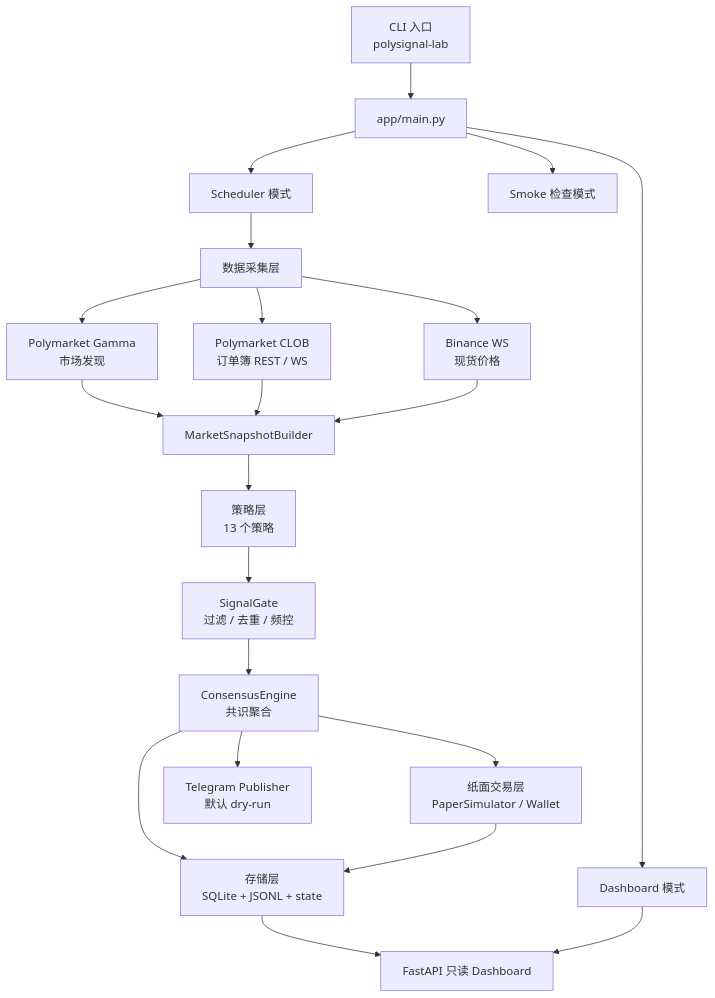
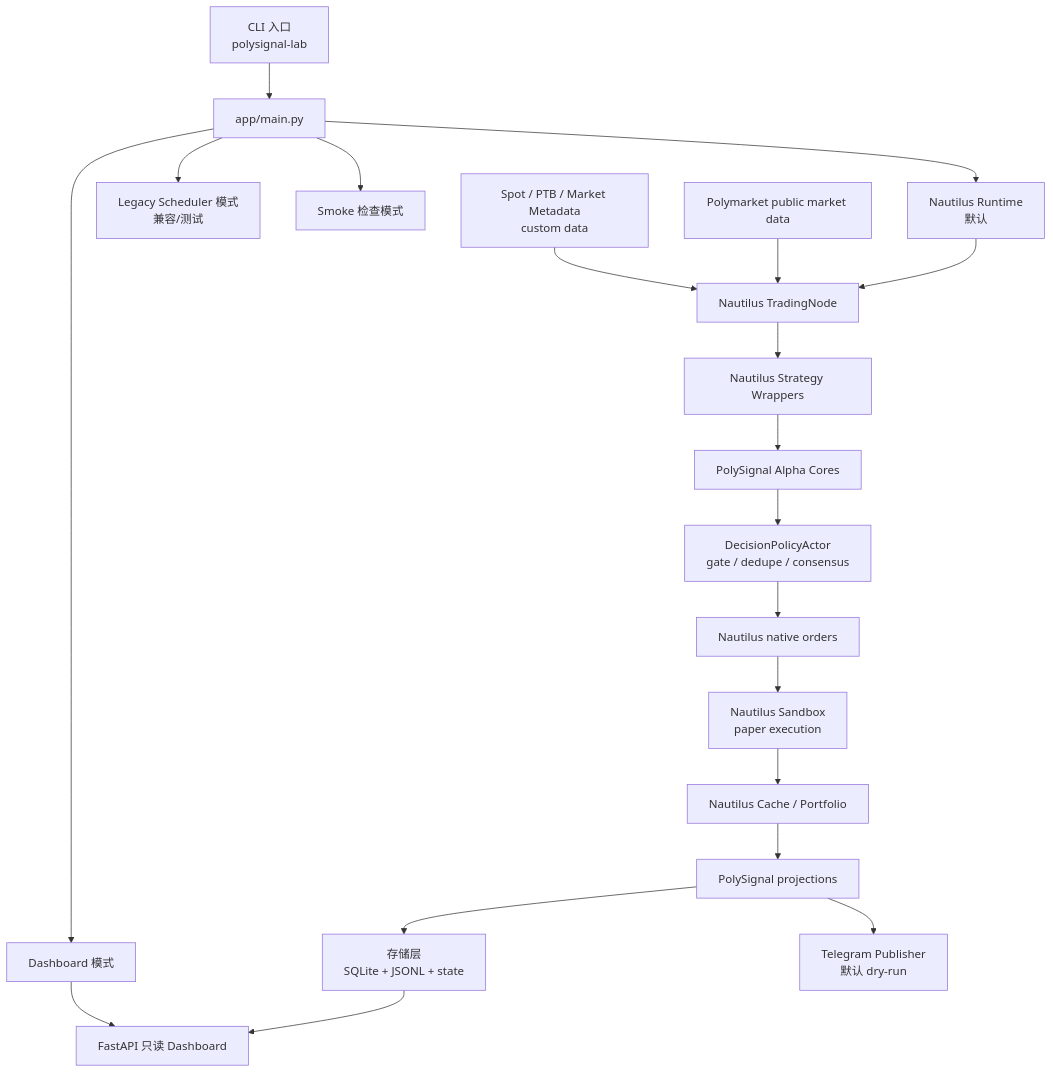
Before and after one commit to 6Kmfi6HP/polysignal-lab: the first of 7 diagrams in docs/PROJECT_ARCHITECTURE_VISUAL.md, drawn with Mermaid. The commit also changed other lines of this file and 3 other files, not shown here.

Commit message:
docs: align external docs with nautilus runtime

````diff
--- a/docs/PROJECT_ARCHITECTURE_VISUAL.md
+++ b/docs/PROJECT_ARCHITECTURE_VISUAL.md
@@ -12,29 +12,26 @@
 ```mermaid
 flowchart TB
   CLI["CLI 入口<br/>polysignal-lab"] --> Main["app/main.py"]
 
-  Main --> Scheduler["Scheduler 模式"]
+  Main --> Nautilus["Nautilus Runtime<br/>默认"]
+  Main --> Scheduler["Legacy Scheduler 模式<br/>兼容/测试"]
   Main --> Dashboard["Dashboard 模式"]
   Main --> Smoke["Smoke 检查模式"]
 
-  Scheduler --> Data["数据采集层"]
-  Data --> Gamma["Polymarket Gamma<br/>市场发现"]
-  Data --> CLOB["Polymarket CLOB<br/>订单簿 REST / WS"]
-  Data --> Binance["Binance WS<br/>现货价格"]
+  Nautilus --> TN["Nautilus TradingNode"]
+  PM["Polymarket public market data"] --> TN
+  Sidecar["Spot / PTB / Market Metadata<br/>custom data"] --> TN
 
-  Gamma --> Snapshot["MarketSnapshotBuilder"]
-  CLOB --> Snapshot
-  Binance --> Snapshot
+  TN --> Strategies["Nautilus Strategy Wrappers"]
+  Strategies --> Alpha["PolySignal Alpha Cores"]
+  Alpha --> Policy["DecisionPolicyActor<br/>gate / dedupe / consensus"]
+  Policy --> Orders["Nautilus native orders"]
+  Orders --> Sandbox["Nautilus Sandbox<br/>paper execution"]
+  Sandbox --> Cache["Nautilus Cache / Portfolio"]
 
-  Snapshot --> Strategies["策略层<br/>13 个策略"]
-  Strategies --> Gate["SignalGate<br/>过滤 / 去重 / 频控"]
-  Gate --> Consensus["ConsensusEngine<br/>共识聚合"]
-
-  Consensus --> Paper["纸面交易层<br/>PaperSimulator / Wallet"]
-  Consensus --> Telegram["Telegram Publisher<br/>默认 dry-run"]
-  Consensus --> Store["存储层<br/>SQLite + JSONL + state"]
-
-  Paper --> Store
+  Cache --> Projection["PolySignal projections"]
+  Projection --> Store["存储层<br/>SQLite + JSONL + state"]
+  Projection --> Telegram["Telegram Publisher<br/>默认 dry-run"]
   Store --> DashboardApp["FastAPI 只读 Dashboard"]
   Dashboard --> DashboardApp
 ```
````
